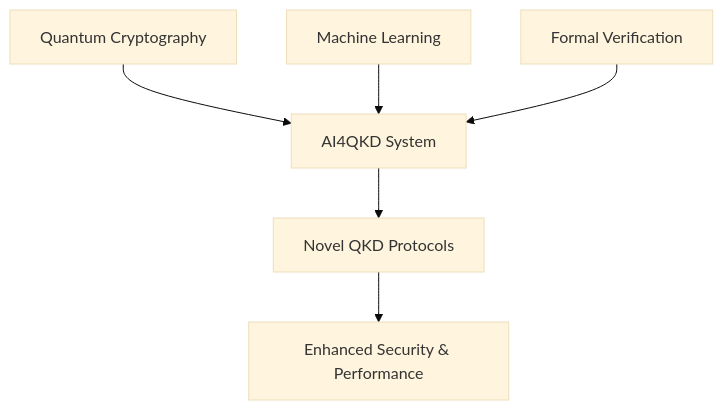
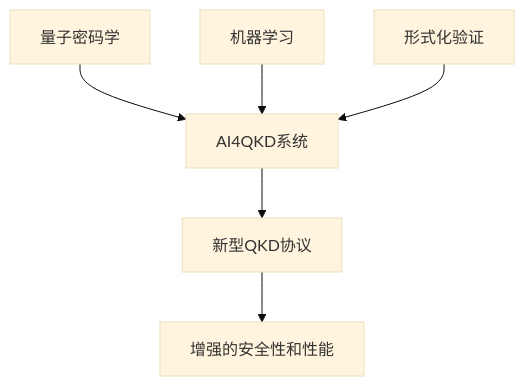
Before and after one commit to RoyalTeng/AI4QKD: the diagram in README.md, drawn with Mermaid (base theme). The commit also changed other lines of this file and 1 other file, not shown here.

````diff
--- a/README.md
+++ b/README.md
@@ -52,8 +45,8 @@
 ```mermaid
 graph TD
-    A[Quantum Cryptography] --> D[AI4QKD System]
-    B[Machine Learning] --> D
-    C[Formal Verification] --> D
-    D --> E[Novel QKD Protocols]
-    E --> F[Enhanced Security & Performance]
+    A[量子密码学] --> D[AI4QKD系统]
+    B[机器学习] --> D
+    C[形式化验证] --> D
+    D --> E[新型QKD协议]
+    E --> F[增强的安全性和性能]
 ```
````
